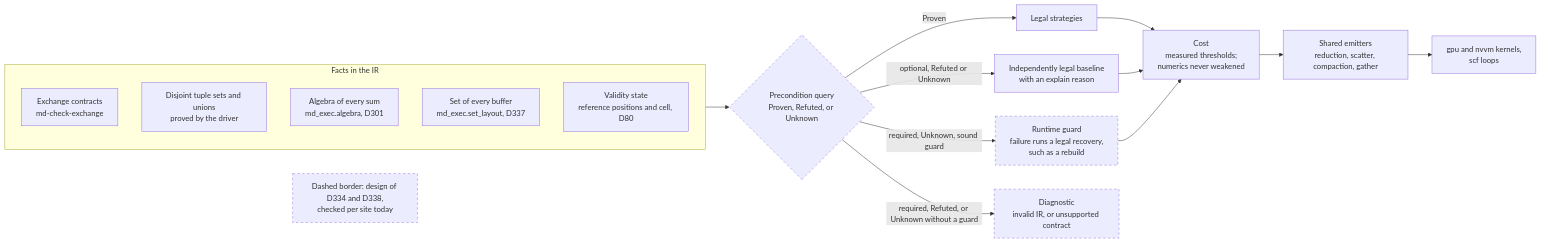
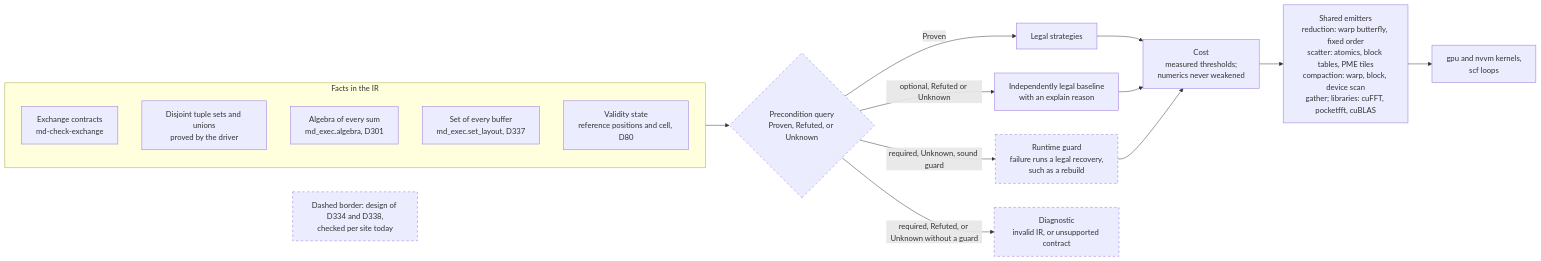
The fourth of 4 diagrams in docs/overview.md (vv137/mdir), drawn with Mermaid before and after one commit. The commit also changed other lines of this file and 2 other files, not shown here.

First line of the commit message:
Move README's diagrams into the overview (#587)

````diff
--- a/docs/overview.md
+++ b/docs/overview.md
@@ -360,24 +372,24 @@
 ```mermaid
 flowchart LR
     subgraph FACTS["Facts in the IR"]
         direction TB
         F1["Exchange contracts<br/>md-check-exchange"]
         F2["Disjoint tuple sets and unions<br/>proved by the driver"]
         F3["Algebra of every sum<br/>md_exec.algebra, D301"]
         F4["Set of every buffer<br/>md_exec.set_layout, D337"]
         F5["Validity state<br/>reference positions and cell, D80"]
     end
     FACTS --> QRY{"Precondition query<br/>Proven, Refuted, or Unknown"}
     QRY -->|"Proven"| LEGAL["Legal strategies"]
     QRY -->|"optional, Refuted or Unknown"| BASE["Independently legal baseline<br/>with an explain reason"]
     QRY -->|"required, Unknown, sound guard"| GUARD["Runtime guard<br/>failure runs a legal recovery,<br/>such as a rebuild"]
     QRY -->|"required, Refuted, or Unknown without a guard"| DIAG["Diagnostic<br/>invalid IR, or unsupported contract"]
     LEGAL --> COST["Cost<br/>measured thresholds;<br/>numerics never weakened"]
     BASE --> COST
     GUARD --> COST
-    COST --> EMIT["Shared emitters<br/>reduction, scatter, compaction, gather"]
+    COST --> EMIT["Shared emitters<br/>reduction: warp butterfly, fixed order<br/>scatter: atomics, block tables, PME tiles<br/>compaction: warp, block, device scan<br/>gather; libraries: cuFFT, pocketfft, cuBLAS"]
     EMIT --> CODE["gpu and nvvm kernels,<br/>scf loops"]
     LEG1["Dashed border: design of D334 and D338,<br/>checked per site today"]
     classDef design stroke-dasharray: 5 5
     class QRY,GUARD,DIAG,LEG1 design
 ```
````
